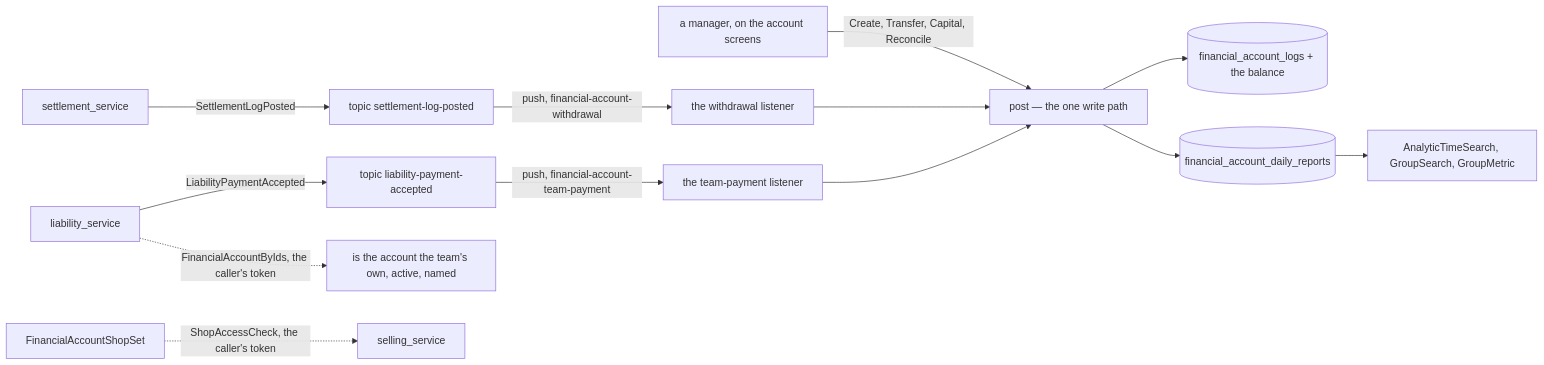
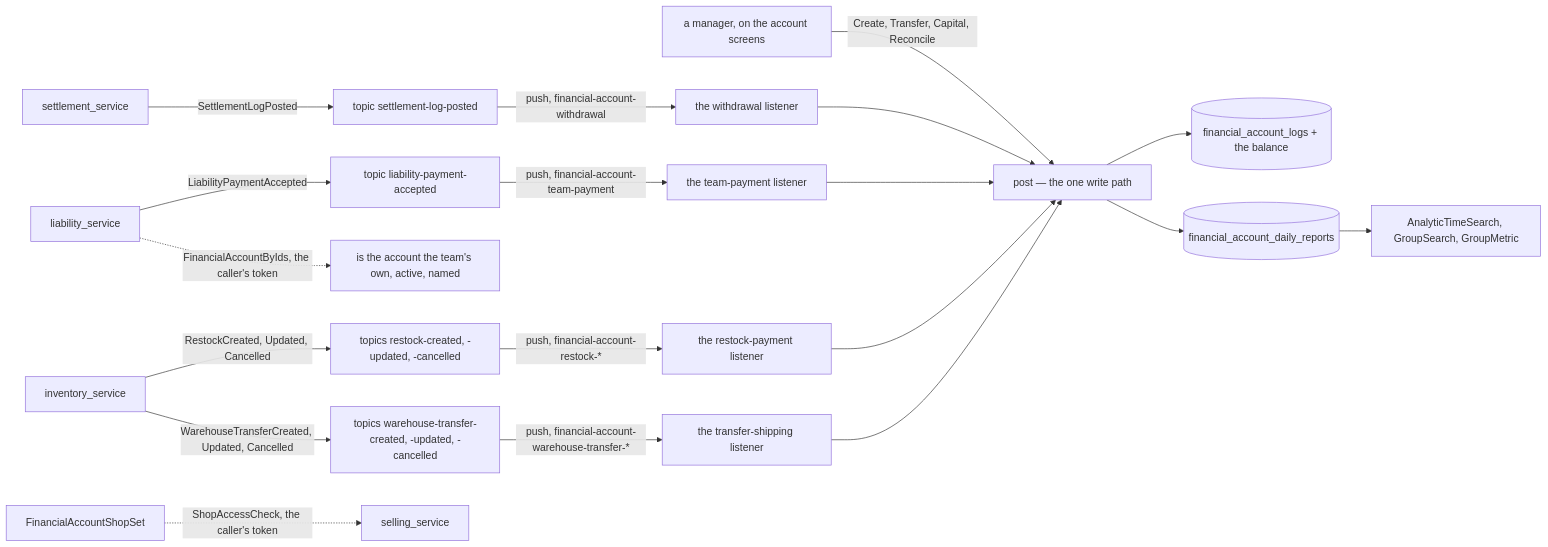
The first of 8 diagrams in docs/services/financial_account_service/rpc.md (pdcgo/warehouse_revamp), drawn with Mermaid before and after one commit. The commit also changed other lines of this file and 348 other files, not shown here.

````diff
--- a/docs/services/financial_account_service/rpc.md
+++ b/docs/services/financial_account_service/rpc.md
@@ -32,15 +34,21 @@
 ```mermaid
 flowchart LR
   P["a manager, on the account screens"] -->|"Create, Transfer, Capital, Reconcile"| POST["post — the one write path"]
   S["settlement_service"] -->|"SettlementLogPosted"| T["topic settlement-log-posted"]
   T -->|"push, financial-account-withdrawal"| WL["the withdrawal listener"]
   WL --> POST
   LS["liability_service"] -->|"LiabilityPaymentAccepted"| LT["topic liability-payment-accepted"]
   LT -->|"push, financial-account-team-payment"| TL["the team-payment listener"]
   TL --> POST
+  IS["inventory_service"] -->|"RestockCreated, Updated, Cancelled"| RT["topics restock-created, -updated, -cancelled"]
+  RT -->|"push, financial-account-restock-*"| RL["the restock-payment listener"]
+  RL --> POST
+  IS -->|"WarehouseTransferCreated, Updated, Cancelled"| WT["topics warehouse-transfer-created, -updated, -cancelled"]
+  WT -->|"push, financial-account-warehouse-transfer-*"| SL["the transfer-shipping listener"]
+  SL --> POST
   LS -.->|"FinancialAccountByIds, the caller's token"| BI["is the account the team's own, active, named"]
   POST --> L[("financial_account_logs + the balance")]
   POST --> D[("financial_account_daily_reports")]
   D --> A["AnalyticTimeSearch, GroupSearch, GroupMetric"]
   SS["FinancialAccountShopSet"] -.->|"ShopAccessCheck, the caller's token"| SH["selling_service"]
 ```
````
